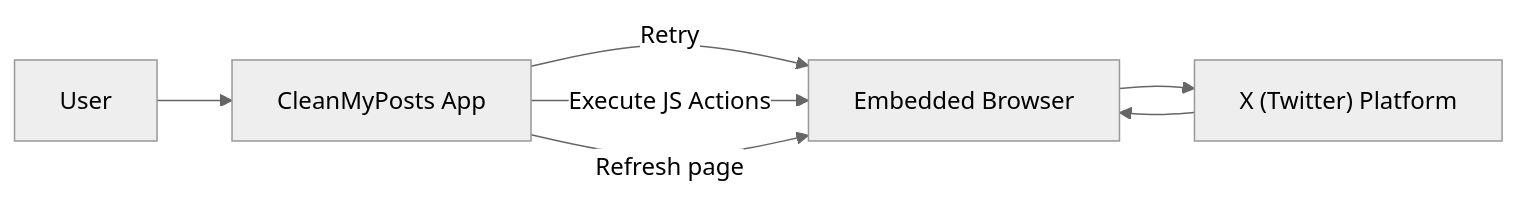
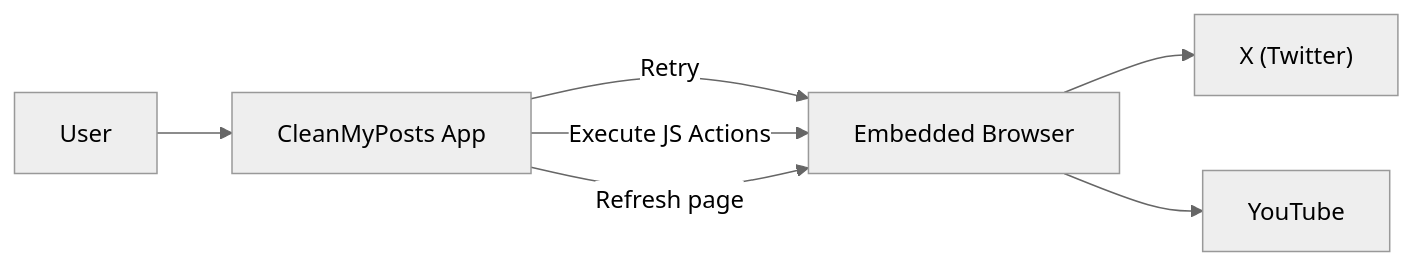
One commit to thorstenalpers/CleanMyPosts changed the diagram in README.md. Above: the diagram before and after it, drawn with Mermaid (neutral theme). The commit also changed other lines of this file and 18 other files, not shown here.

````diff
--- a/README.md
+++ b/README.md
@@ -19,15 +18,16 @@
 ```mermaid
 %%{init: {"flowchart": {"diagramPadding": 125}}}%%
 flowchart LR
     U["User"]
     A["CleanMyPosts App"]
     B["Embedded Browser"]
-    X["X (Twitter) Platform"]
+    X["X (Twitter)"]
+    Y["YouTube"]
 
     U -->A
     A -->|Retry|B
     A -->|Execute JS Actions|B
     A -->|Refresh page|B
     B -->X
-    X -->B
+    B -->Y
 ```
````
